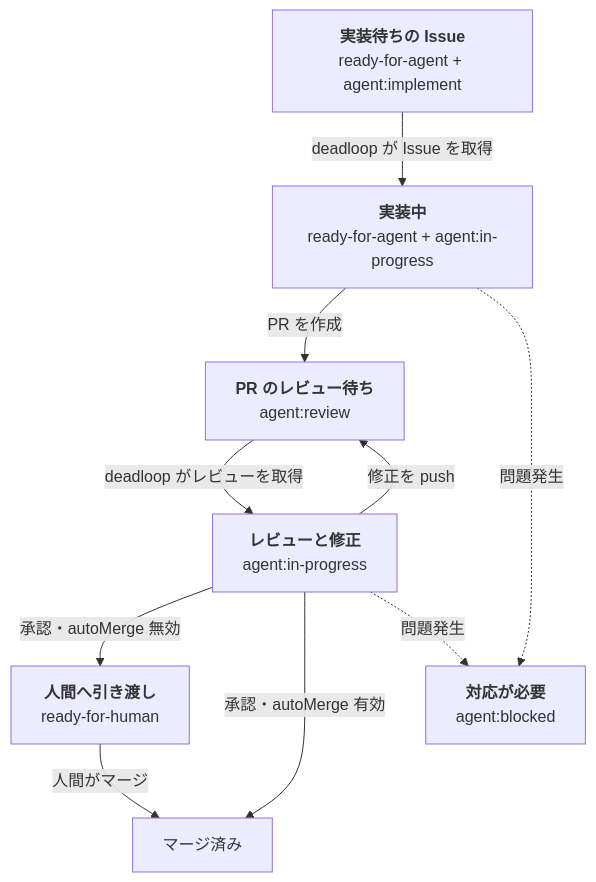
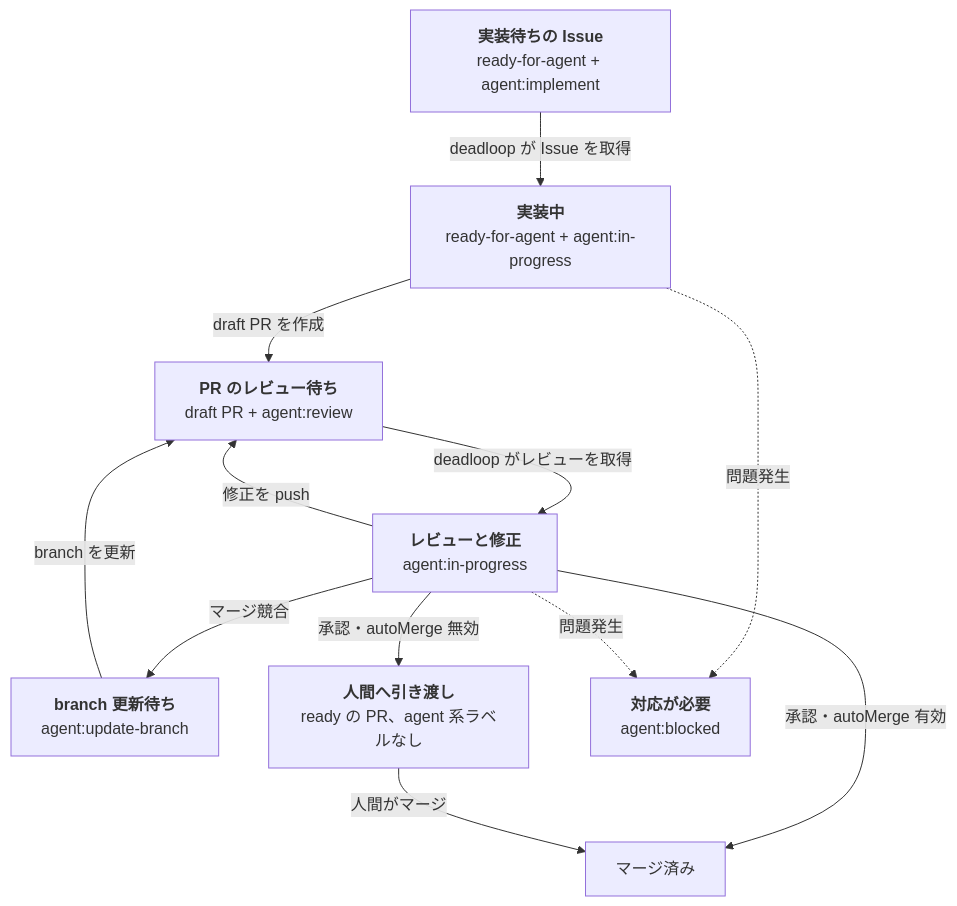
One commit to yasuhito/deadloop changed the diagram in README.ja.md. Above: the diagram before and after it, drawn with Mermaid. The commit also changed other lines of this file and 9 other files, not shown here.

````diff
--- a/README.ja.md
+++ b/README.ja.md
@@ -55,26 +55,30 @@
 ```mermaid
 flowchart TD
     I["`**実装待ちの Issue**
     ready-for-agent + agent:implement`"]
     W["`**実装中**
     ready-for-agent + agent:in-progress`"]
     R["`**PR のレビュー待ち**
-    agent:review`"]
+    draft PR + agent:review`"]
     V["`**レビューと修正**
     agent:in-progress`"]
+    U["`**branch 更新待ち**
+    agent:update-branch`"]
     H["`**人間へ引き渡し**
-    ready-for-human`"]
+    ready の PR、agent 系ラベルなし`"]
     M["マージ済み"]
     B["`**対応が必要**
     agent:blocked`"]
 
     I -->|deadloop が Issue を取得| W
-    W -->|PR を作成| R
+    W -->|draft PR を作成| R
     R -->|deadloop がレビューを取得| V
     V -->|修正を push| R
+    V -->|マージ競合| U
+    U -->|branch を更新| R
     V -->|承認・autoMerge 無効| H
     V -->|承認・autoMerge 有効| M
     H -->|人間がマージ| M
     W -. 問題発生 .-> B
     V -. 問題発生 .-> B
 ```
````
